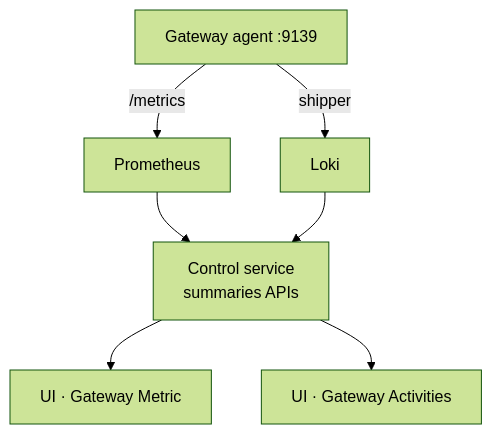
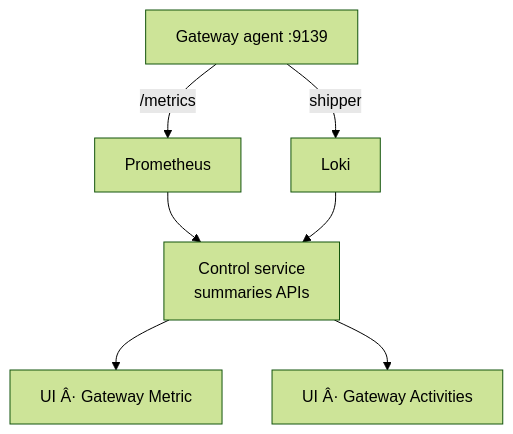
One commit to ngmibach/iot-gateway changed the seventh of 8 diagrams in docs/architecture.md. Above: the diagram before and after it, drawn with Mermaid (forest theme). The commit also changed other lines of this file and 5 other files, not shown here.

````diff
--- a/docs/architecture.md
+++ b/docs/architecture.md
@@ -180,16 +180,16 @@
 ```mermaid
 flowchart TB
   AGENT["Gateway agent :9139"]
   PROM["Prometheus"]
   LOKI["Loki"]
   API["Control service\nsummaries APIs"]
-  METRIC["UI · Gateway Metric"]
-  ACT["UI · Gateway Activities"]
+  METRIC["UI Â· Gateway Metric"]
+  ACT["UI Â· Gateway Activities"]
 
   AGENT -->|"/metrics"| PROM
   AGENT -->|"shipper"| LOKI
   PROM --> API
   LOKI --> API
   API --> METRIC
   API --> ACT
 ```
````
